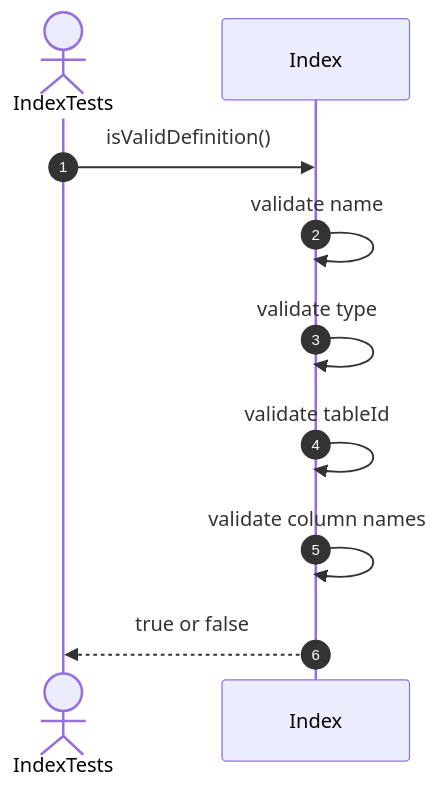
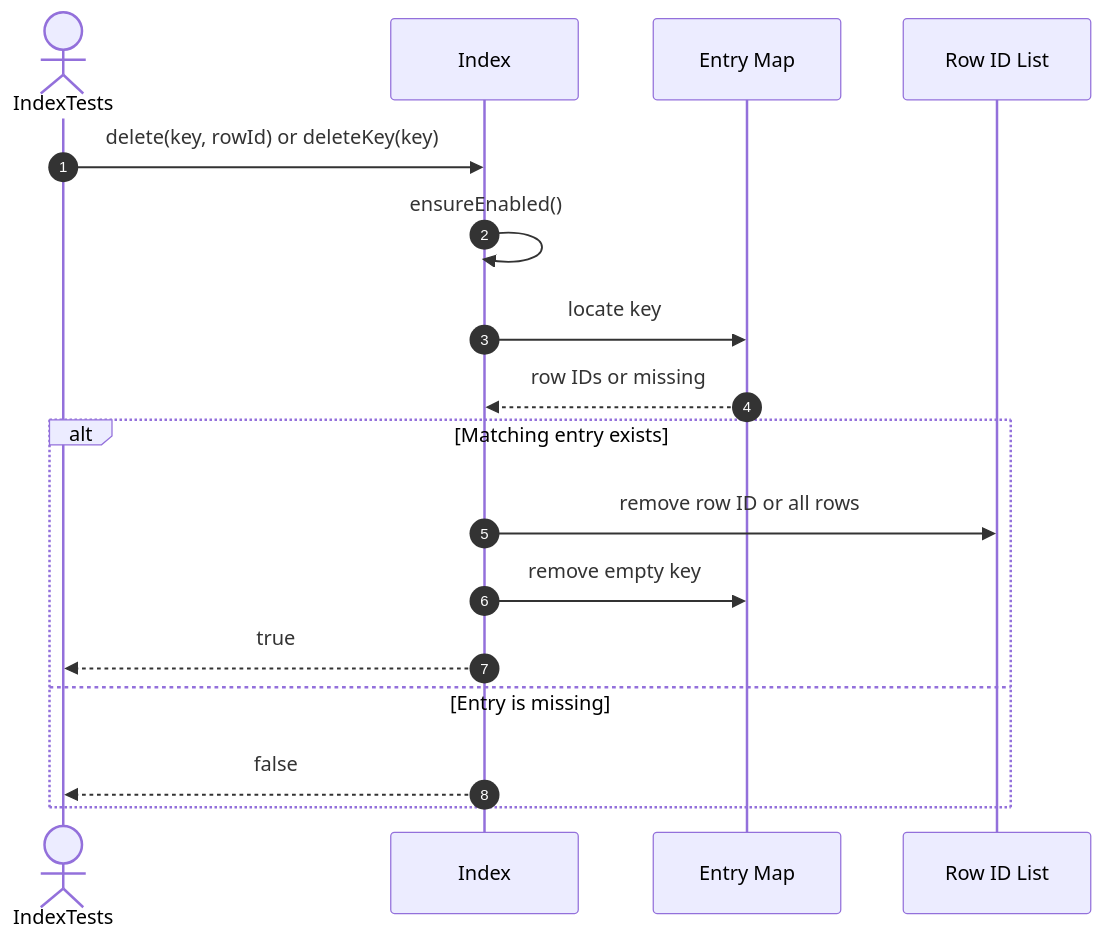
Diagram 38 of 50 in src/tests/unit/metadata/sequences/indexs-testing.se.md (FhuAnn/-bbv-AN-s-DBMS), drawn with Mermaid before and after one commit. The commit also changed other lines of this file and 9 other files, not shown here.

Commit message:
table and row run test successfully, remaining constraint object

````diff
--- a/src/tests/unit/metadata/sequences/indexs-testing.se.md
+++ b/src/tests/unit/metadata/sequences/indexs-testing.se.md
@@ -247,13 +691,20 @@
 ```mermaid
 sequenceDiagram
     autonumber
     actor Test as IndexTests
     participant Index as Index
+    participant Entries as Entry Map
+    participant RowIds as Row ID List
 
-    Test->>Index: isValidDefinition()
-    Index->>Index: validate name
-    Index->>Index: validate type
-    Index->>Index: validate tableId
-    Index->>Index: validate column names
-    Index-->>Test: true or false
+    Test->>Index: delete(key, rowId) or deleteKey(key)
+    Index->>Index: ensureEnabled()
+    Index->>Entries: locate key
+    Entries-->>Index: row IDs or missing
+    alt Matching entry exists
+    Index->>RowIds: remove row ID or all rows
+    Index->>Entries: remove empty key
+    Index-->>Test: true
+    else Entry is missing
+    Index-->>Test: false
+    end
 ```
````
